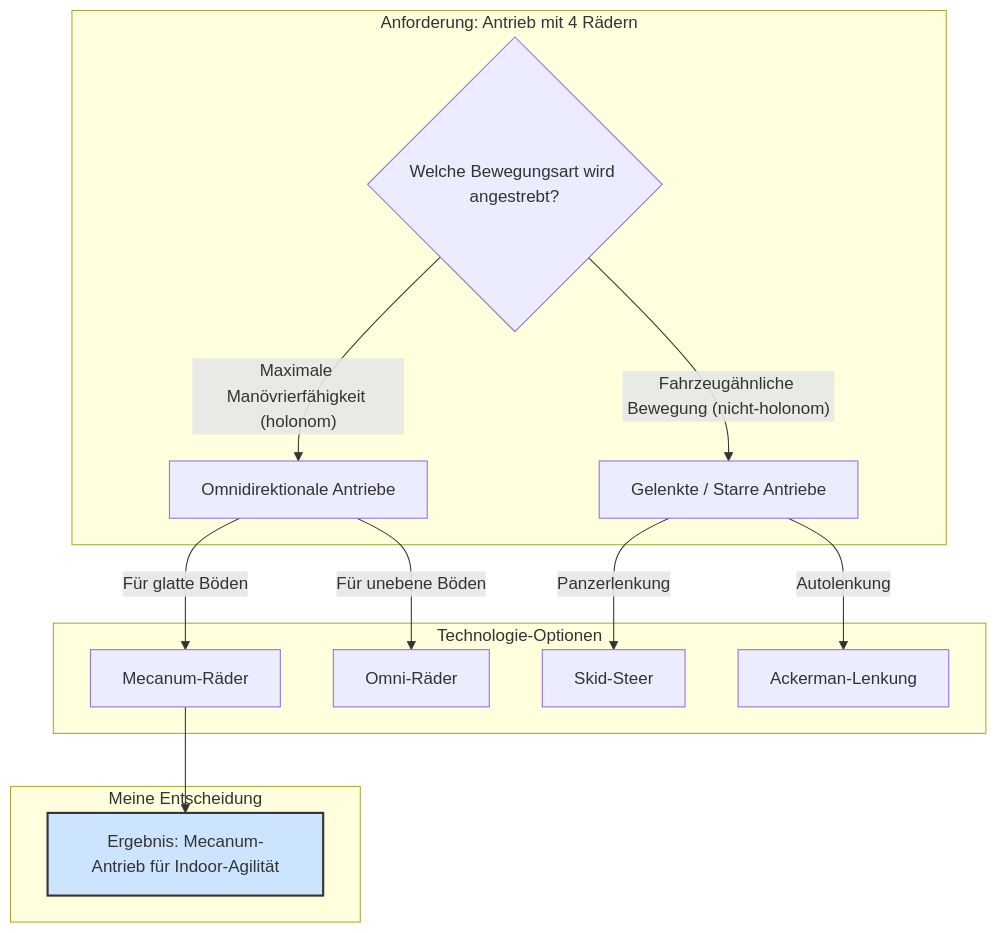
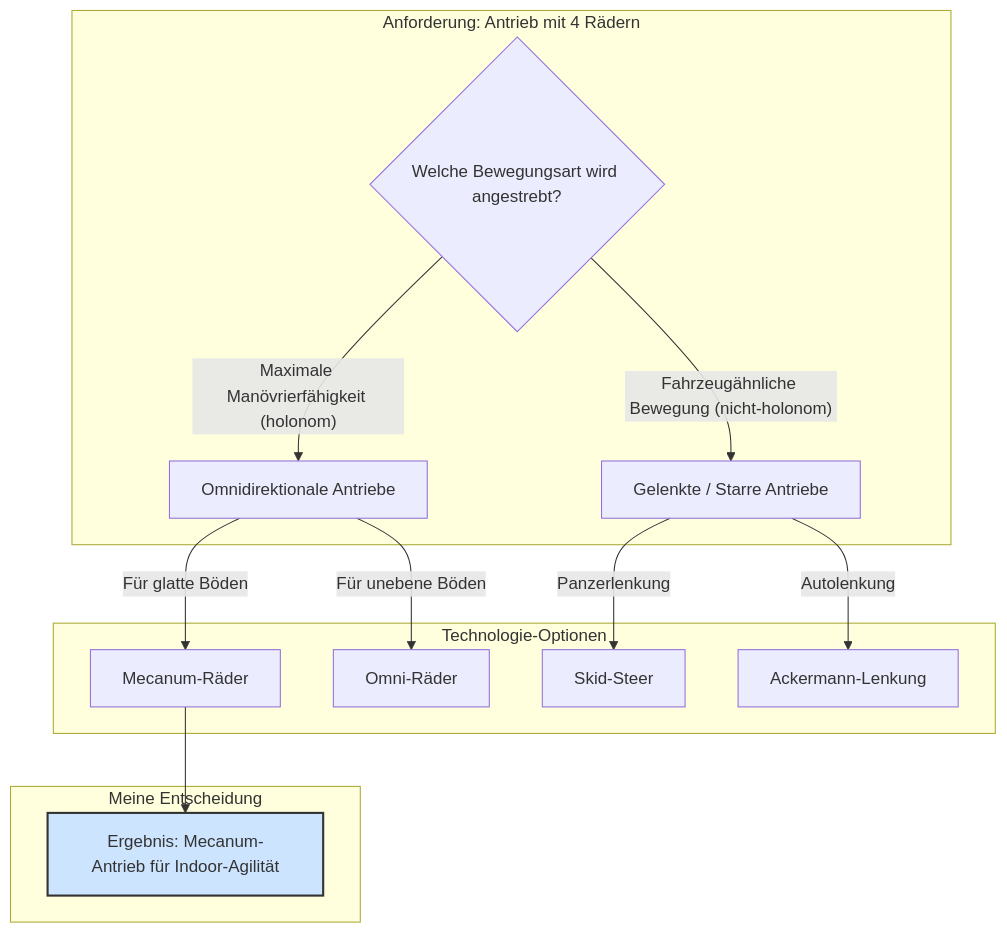
One commit to goldjunge91/my_steel-robot_ws changed the first of 3 diagrams in Projekt.md. Above: the diagram before and after it, drawn with Mermaid. The commit also changed other lines of this file and 2 other files, not shown here.

Commit message:
Update README and diagrams for Project

````diff
--- a/Projekt.md
+++ b/Projekt.md
@@ -50,21 +67,21 @@
 ```mermaid
 graph TD
     subgraph "Anforderung: Antrieb mit 4 Rädern"
         A{Welche Bewegungsart wird angestrebt?}
         A -- "Maximale Manövrierfähigkeit (holonom)" --> B[Omnidirektionale Antriebe]
         A -- "Fahrzeugähnliche Bewegung (nicht-holonom)" --> C[Gelenkte / Starre Antriebe]
     end
 
     subgraph "Technologie-Optionen"
         B -- "Für glatte Böden" --> B1["Mecanum-Räder"]
         B -- "Für unebene Böden" --> B2["Omni-Räder"]
         C -- "Panzerlenkung" --> C1["Skid-Steer"]
-        C -- "Autolenkung" --> C2["Ackerman-Lenkung"]
+        C -- "Autolenkung" --> C2["Ackermann-Lenkung"]
     end
 
     subgraph "Meine Entscheidung"
         B1 --> End1[Ergebnis: Mecanum-Antrieb für Indoor-Agilität]
     end
 
     style End1 fill:#cde4ff,stroke:#333,stroke-width:2px
 ```
````
